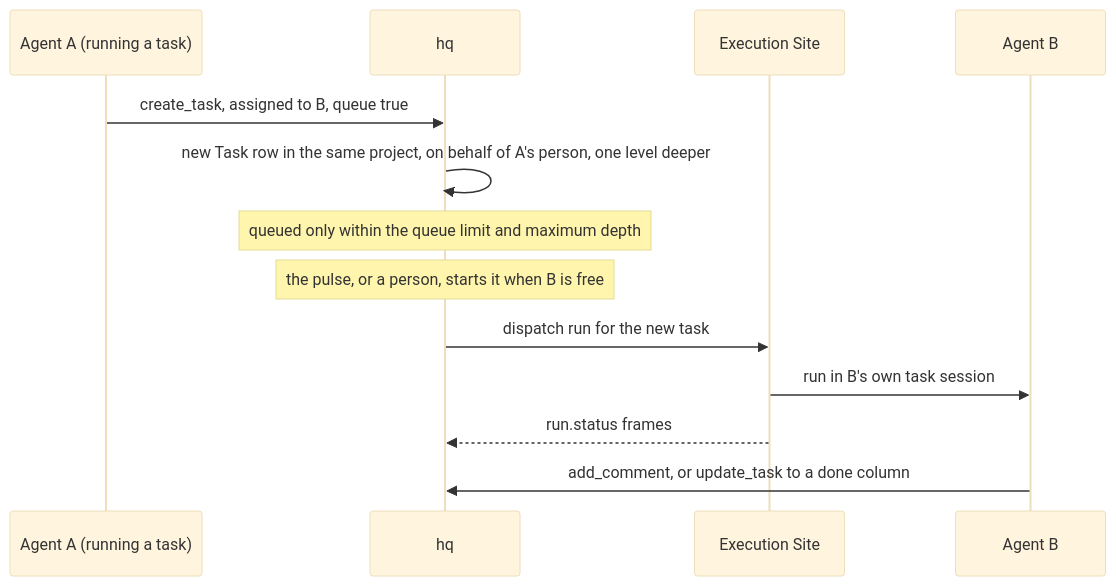
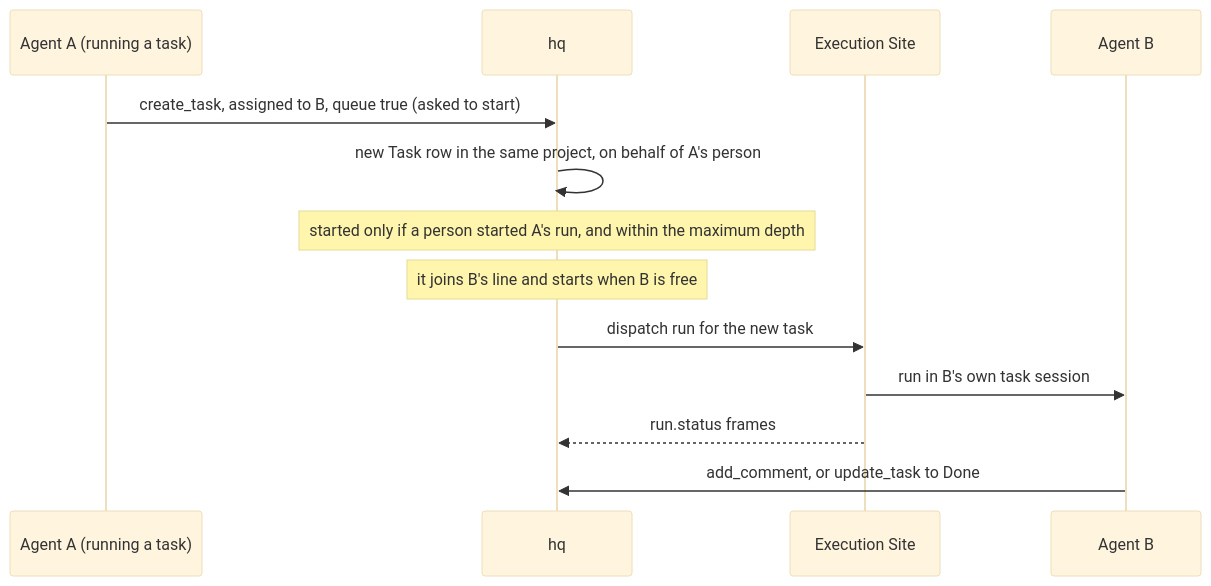
One commit to solution84-com/agenthix changed the diagram in docs/concepts/tasks/subtask.md. Above: the diagram before and after it, drawn with Mermaid (base theme). The commit also changed other lines of this file and 60 other files, not shown here.

````diff
--- a/docs/concepts/tasks/subtask.md
+++ b/docs/concepts/tasks/subtask.md
@@ -3,16 +3,16 @@
 ```mermaid
 sequenceDiagram
     participant A as Agent A (running a task)
     participant HQ as hq
     participant S as Execution Site
     participant B as Agent B
 
-    A->>HQ: create_task, assigned to B, queue true
-    HQ->>HQ: new Task row in the same project, on behalf of A's person, one level deeper
-    Note over HQ: queued only within the queue limit and maximum depth
-    Note over HQ: the pulse, or a person, starts it when B is free
+    A->>HQ: create_task, assigned to B, queue true (asked to start)
+    HQ->>HQ: new Task row in the same project, on behalf of A's person
+    Note over HQ: started only if a person started A's run, and within the maximum depth
+    Note over HQ: it joins B's line and starts when B is free
     HQ->>S: dispatch run for the new task
     S->>B: run in B's own task session
     S-->>HQ: run.status frames
-    B->>HQ: add_comment, or update_task to a done column
+    B->>HQ: add_comment, or update_task to Done
 ```
````
